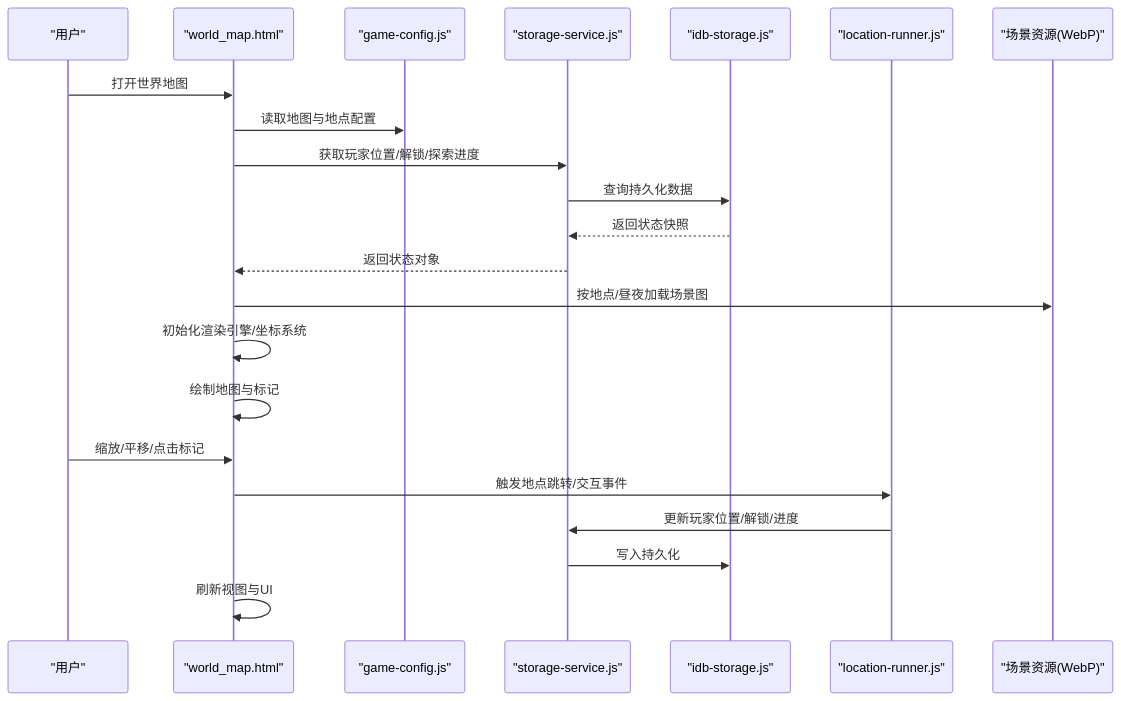
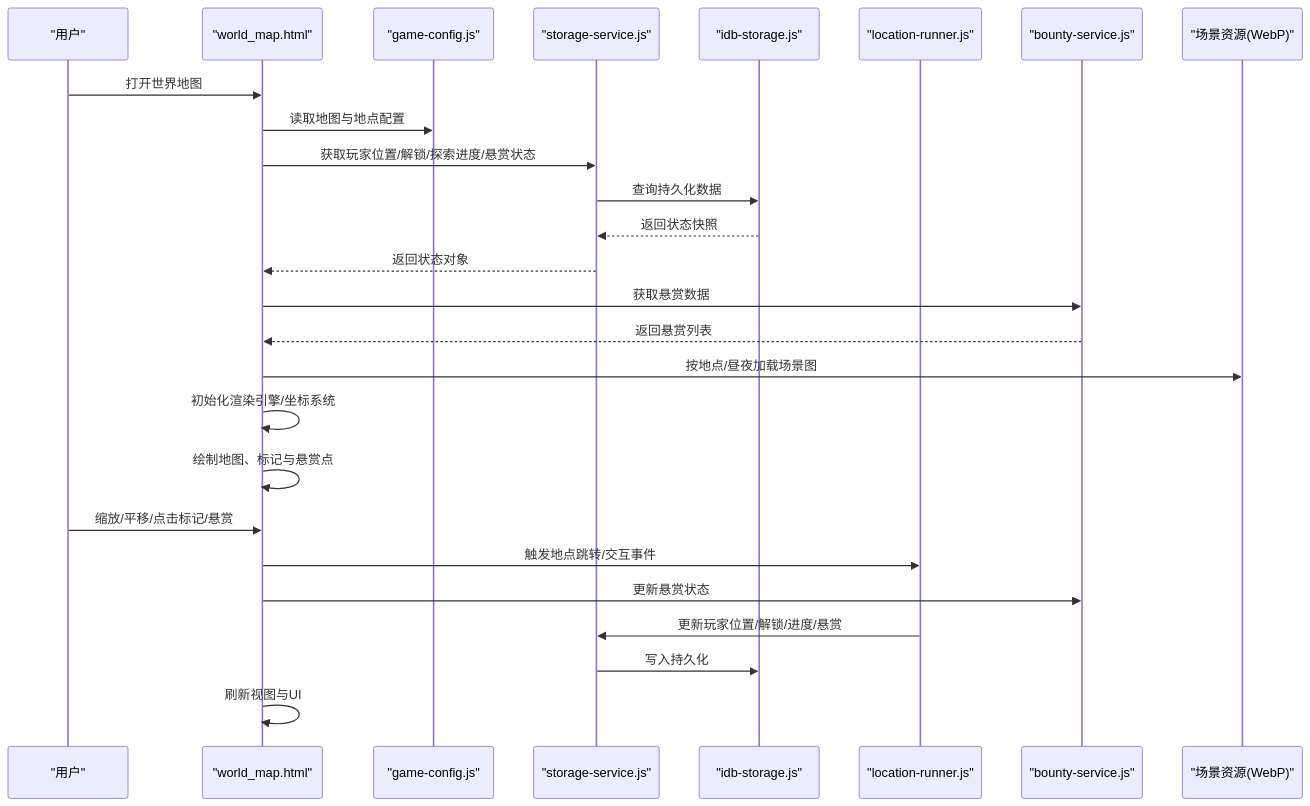
One commit to Ji-Haitang/char_card_1 changed the second of 4 diagrams in .qoder/repowiki/zh/content/世界探索系统/世界地图.md. Above: the diagram before and after it, drawn with Mermaid. The commit also changed other lines of this file and 45 other files, not shown here.

````diff
--- a/.qoder/repowiki/zh/content/世界探索系统/世界地图.md
+++ b/.qoder/repowiki/zh/content/世界探索系统/世界地图.md
@@ -94,24 +110,28 @@
 ```mermaid
 sequenceDiagram
 participant U as "用户"
 participant P as "world_map.html"
 participant CFG as "game-config.js"
 participant ST as "storage-service.js"
 participant IDB as "idb-storage.js"
 participant RUN as "location-runner.js"
+participant BOUNTY as "bounty-service.js"
 participant RES as "场景资源(WebP)"
 U->>P : 打开世界地图
 P->>CFG : 读取地图与地点配置
-P->>ST : 获取玩家位置/解锁/探索进度
+P->>ST : 获取玩家位置/解锁/探索进度/悬赏状态
 ST->>IDB : 查询持久化数据
 IDB-->>ST : 返回状态快照
 ST-->>P : 返回状态对象
+P->>BOUNTY : 获取悬赏数据
+BOUNTY-->>P : 返回悬赏列表
 P->>RES : 按地点/昼夜加载场景图
 P->>P : 初始化渲染引擎/坐标系统
-P->>P : 绘制地图与标记
-U->>P : 缩放/平移/点击标记
+P->>P : 绘制地图、标记与悬赏点
+U->>P : 缩放/平移/点击标记/悬赏
 P->>RUN : 触发地点跳转/交互事件
-RUN->>ST : 更新玩家位置/解锁/进度
+P->>BOUNTY : 更新悬赏状态
+RUN->>ST : 更新玩家位置/解锁/进度/悬赏
 ST->>IDB : 写入持久化
 P->>P : 刷新视图与UI
 ```
````
